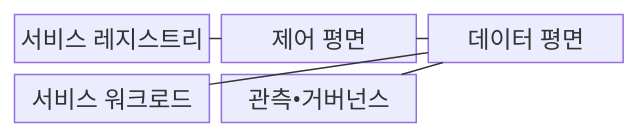
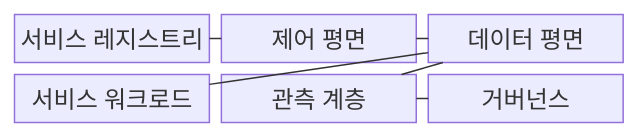
One commit to agnusdei1207/knowledge-base changed the first of 2 diagrams in src/content/docs/notes/08-latest-tech/162_service_mesh.md. Above: the diagram before and after it, drawn with Mermaid. The commit also changed other lines of this file and 20 other files, not shown here.

````diff
--- a/src/content/docs/notes/08-latest-tech/162_service_mesh.md
+++ b/src/content/docs/notes/08-latest-tech/162_service_mesh.md
@@ -69,13 +71,15 @@
 ```mermaid
 block-beta
   columns 3
   registry["서비스 레지스트리"]
   control["제어 평면"]
   data["데이터 평면"]
   workload["서비스 워크로드"]
-  telemetry["관측•거버넌스"]
+  telemetry["관측 계층"]
+  governance["거버넌스"]
   registry --- control
   control --- data
   data --- workload
   data --- telemetry
+  telemetry --- governance
 ```
````
